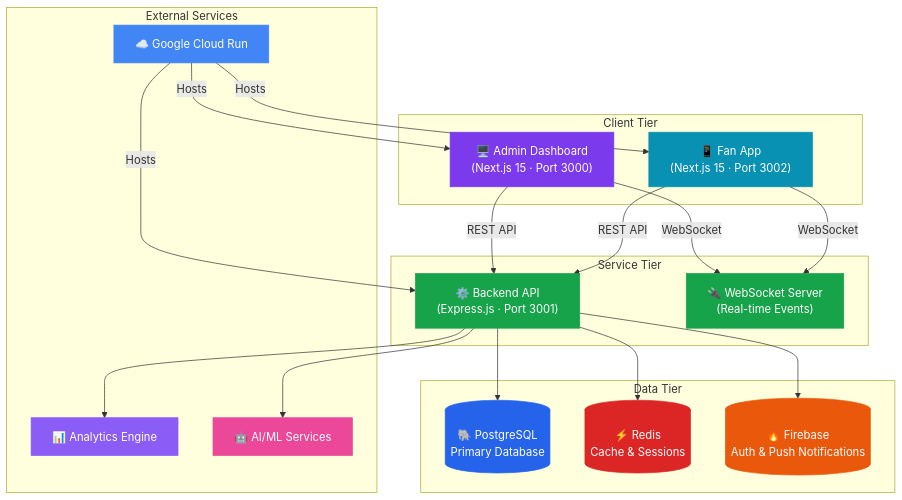
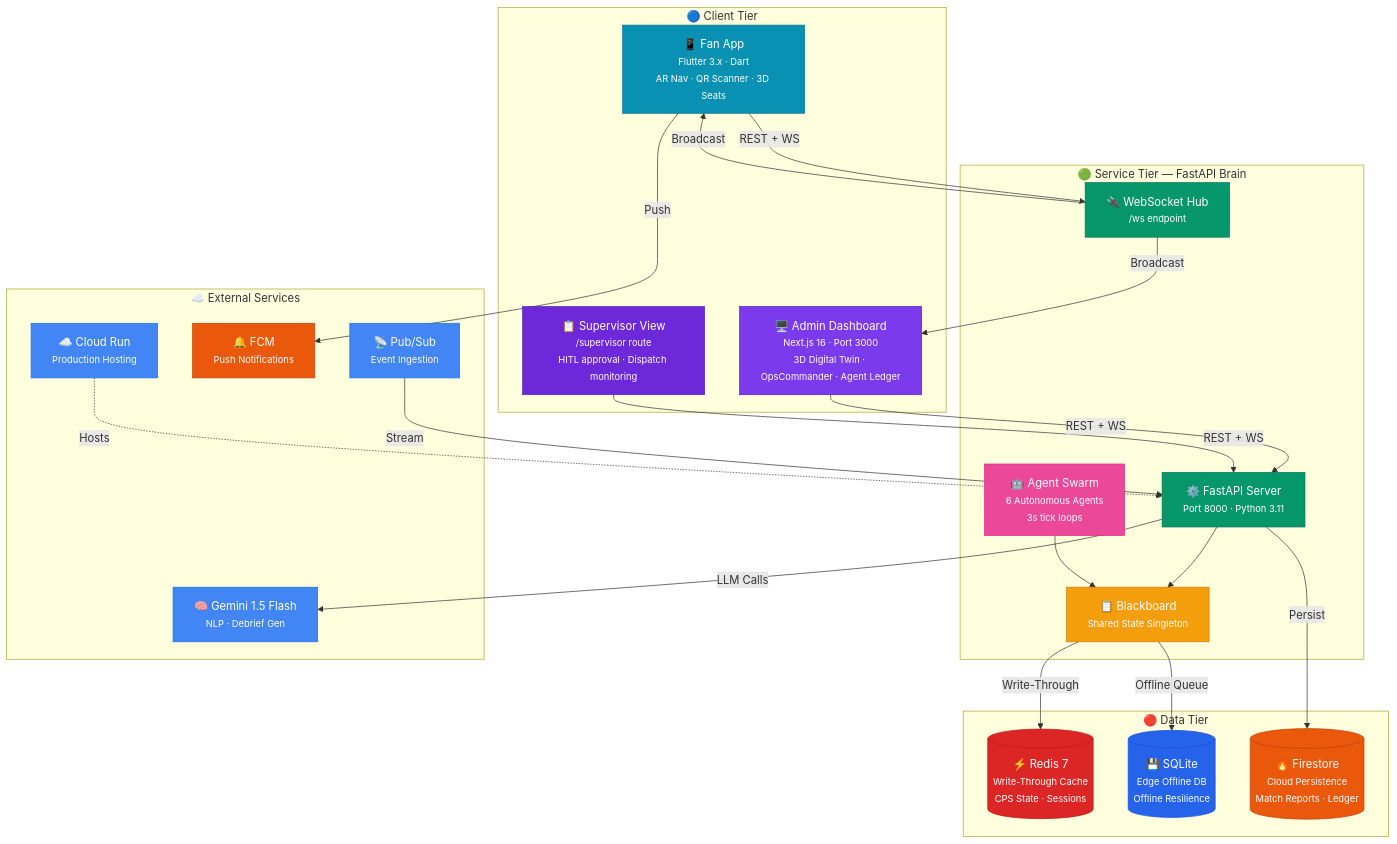
The first of 7 diagrams in README.md (dayanandXdarpan/stadiumos), drawn with Mermaid before and after one commit. The commit also changed other lines of this file and 5 other files, not shown here.

First line of the commit message:
feat: unified Dockerfile for Cloud Run + industry-grade README

````diff
--- a/README.md
+++ b/README.md
@@ -54,48 +56,58 @@
 ```mermaid
 graph TB
-    subgraph Client Tier
-        A["🖥️ Admin Dashboard<br/>(Next.js 15 · Port 3000)"]
-        B["📱 Fan App<br/>(Next.js 15 · Port 3002)"]
+    subgraph "🔵 Client Tier"
+        ADMIN["🖥️ Admin Dashboard<br/><small>Next.js 16 · Port 3000</small><br/><small>3D Digital Twin · OpsCommander · Agent Ledger</small>"]
+        SUPERVISOR["📋 Supervisor View<br/><small>/supervisor route</small><br/><small>HITL approval · Dispatch monitoring</small>"]
+        FAN["📱 Fan App<br/><small>Flutter 3.x · Dart</small><br/><small>AR Nav · QR Scanner · 3D Seats</small>"]
     end
 
-    subgraph Service Tier
-        C["⚙️ Backend API<br/>(Express.js · Port 3001)"]
-        D["🔌 WebSocket Server<br/>(Real-time Events)"]
+    subgraph "🟢 Service Tier — FastAPI Brain"
+        API["⚙️ FastAPI Server<br/><small>Port 8000 · Python 3.11</small>"]
+        WS["🔌 WebSocket Hub<br/><small>/ws endpoint</small>"]
+        AGENTS["🤖 Agent Swarm<br/><small>6 Autonomous Agents</small><br/><small>3s tick loops</small>"]
+        BB["📋 Blackboard<br/><small>Shared State Singleton</small>"]
     end
 
-    subgraph Data Tier
-        E[("🐘 PostgreSQL<br/>Primary Database")]
-        F[("⚡ Redis<br/>Cache & Sessions")]
-        G[("🔥 Firebase<br/>Auth & Push Notifications")]
+    subgraph "🔴 Data Tier"
+        REDIS[("⚡ Redis 7<br/><small>Write-Through Cache</small><br/><small>CPS State · Sessions</small>")]
+        SQLITE[("💾 SQLite<br/><small>Edge Offline DB</small><br/><small>Offline Resilience</small>")]
+        FIRESTORE[("🔥 Firestore<br/><small>Cloud Persistence</small><br/><small>Match Reports · Ledger</small>")]
     end
 
-    subgraph External Services
-        H["☁️ Google Cloud Run"]
-        I["📊 Analytics Engine"]
-        J["🤖 AI/ML Services"]
+    subgraph "☁️ External Services"
+        PUBSUB["📡 Pub/Sub<br/><small>Event Ingestion</small>"]
+        GEMINI["🧠 Gemini 1.5 Flash<br/><small>NLP · Debrief Gen</small>"]
+        FCM["🔔 FCM<br/><small>Push Notifications</small>"]
+        CLOUDRUN["☁️ Cloud Run<br/><small>Production Hosting</small>"]
     end
 
-    A -->|REST API| C
-    B -->|REST API| C
-    A -->|WebSocket| D
-    B -->|WebSocket| D
-    C --> E
-    C --> F
-    C --> G
-    C --> I
-    C --> J
-    H -->|Hosts| C
-    H -->|Hosts| A
-    H -->|Hosts| B
+    ADMIN -->|"REST + WS"| API
+    SUPERVISOR -->|"REST + WS"| API
+    FAN -->|"REST + WS"| WS
+    API --> BB
+    AGENTS --> BB
+    BB -->|"Write-Through"| REDIS
+    BB -->|"Offline Queue"| SQLITE
+    API -->|"Persist"| FIRESTORE
+    PUBSUB -->|"Stream"| API
+    API -->|"LLM Calls"| GEMINI
+    FAN -->|"Push"| FCM
+    WS -->|"Broadcast"| ADMIN
+    WS -->|"Broadcast"| FAN
+    CLOUDRUN -.->|"Hosts"| API
 
-    style A fill:#7c3aed,stroke:#7c3aed,color:#fff
-    style B fill:#0891b2,stroke:#0891b2,color:#fff
-    style C fill:#16a34a,stroke:#16a34a,color:#fff
-    style D fill:#16a34a,stroke:#16a34a,color:#fff
-    style E fill:#2563eb,stroke:#2563eb,color:#fff
-    style F fill:#dc2626,stroke:#dc2626,color:#fff
-    style G fill:#ea580c,stroke:#ea580c,color:#fff
-    style H fill:#4285f4,stroke:#4285f4,color:#fff
-    style I fill:#8b5cf6,stroke:#8b5cf6,color:#fff
-    style J fill:#ec4899,stroke:#ec4899,color:#fff
+    style ADMIN fill:#7c3aed,stroke:#5b21b6,color:#fff
+    style SUPERVISOR fill:#6d28d9,stroke:#5b21b6,color:#fff
+    style FAN fill:#0891b2,stroke:#0e7490,color:#fff
+    style API fill:#059669,stroke:#047857,color:#fff
+    style WS fill:#059669,stroke:#047857,color:#fff
+    style AGENTS fill:#ec4899,stroke:#db2777,color:#fff
+    style BB fill:#f59e0b,stroke:#d97706,color:#fff
+    style REDIS fill:#dc2626,stroke:#b91c1c,color:#fff
+    style SQLITE fill:#2563eb,stroke:#1d4ed8,color:#fff
+    style FIRESTORE fill:#ea580c,stroke:#c2410c,color:#fff
+    style PUBSUB fill:#4285f4,stroke:#1a73e8,color:#fff
+    style GEMINI fill:#4285f4,stroke:#1a73e8,color:#fff
+    style FCM fill:#ea580c,stroke:#c2410c,color:#fff
+    style CLOUDRUN fill:#4285f4,stroke:#1a73e8,color:#fff
 ```
````
